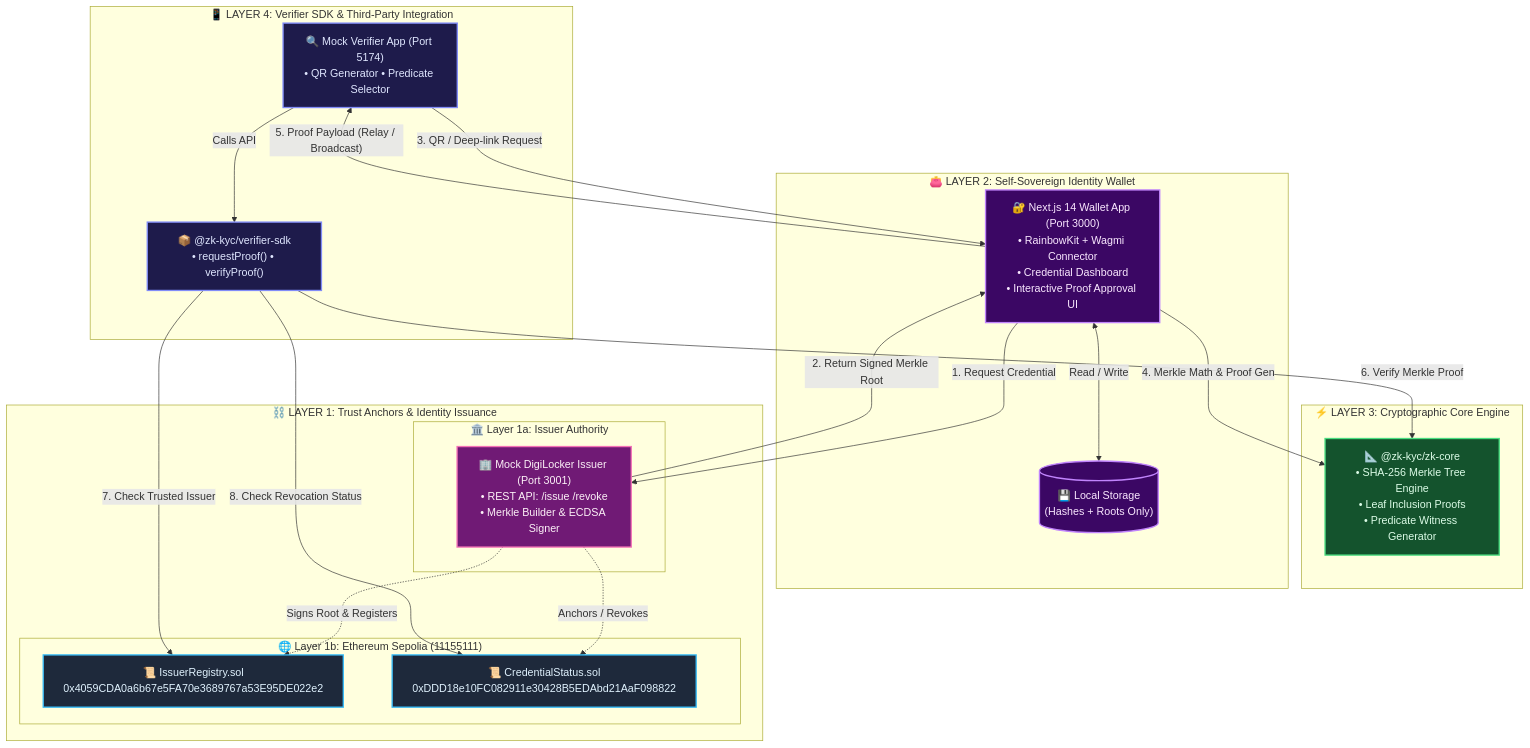
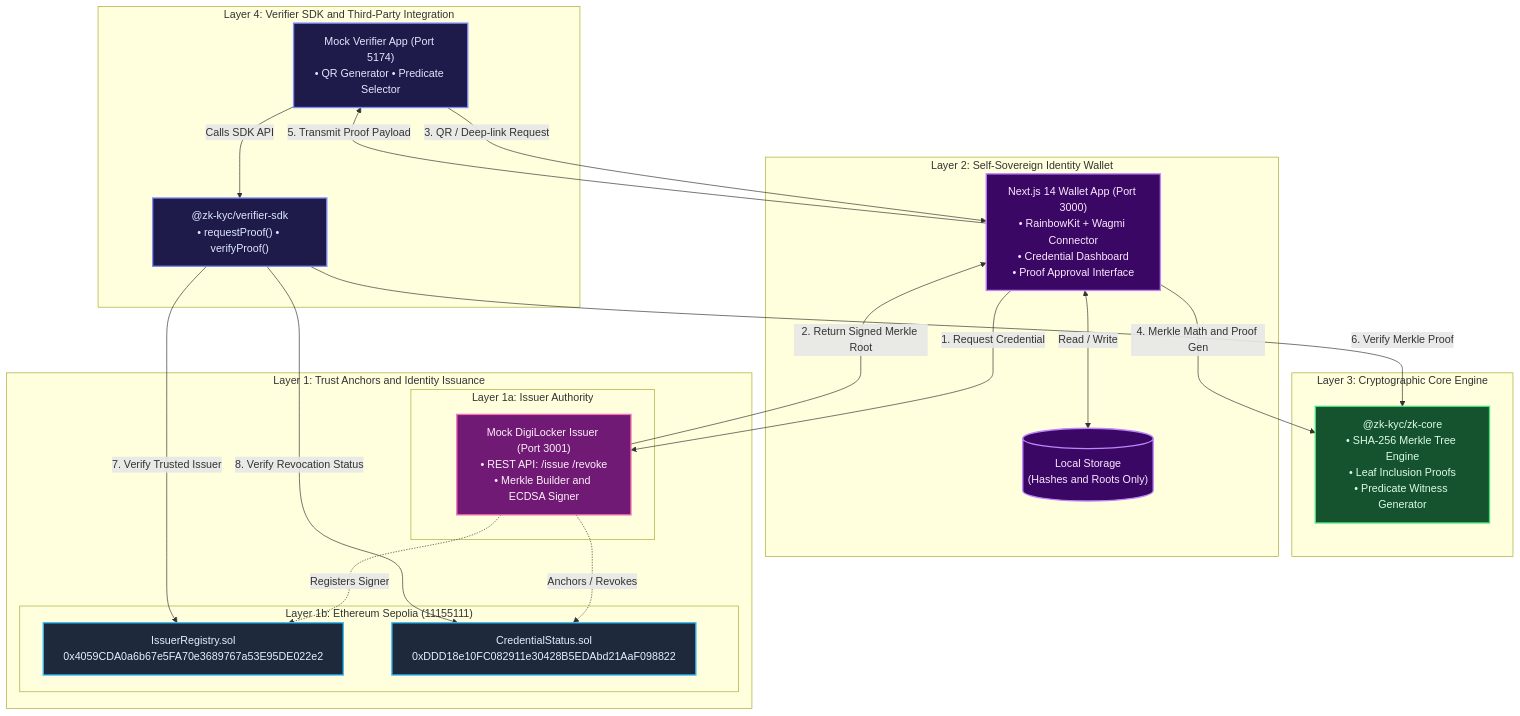
The first of 6 diagrams in README.md (aditya-raj9125/ZK-Kyc), drawn with Mermaid before and after one commit. The commit also changed other lines of this file, not shown here.

````diff
--- a/README.md
+++ b/README.md
@@ -38,51 +38,48 @@
 ```mermaid
 flowchart TD
-    %% Styling Classes
     classDef l4 fill:#1e1b4b,stroke:#818cf8,stroke-width:2px,color:#e0e7ff;
     classDef l3 fill:#14532d,stroke:#4ade80,stroke-width:2px,color:#dcfce7;
     classDef l2 fill:#3b0764,stroke:#c084fc,stroke-width:2px,color:#fae8ff;
     classDef l1a fill:#701a75,stroke:#f472b6,stroke-width:2px,color:#fdf2f8;
     classDef l1b fill:#1e293b,stroke:#38bdf8,stroke-width:2px,color:#e0f2fe;
-    classDef bridge fill:#111827,stroke:#64748b,stroke-width:1px,stroke-dasharray: 4 4,color:#94a3b8;
 
-    subgraph L4 ["📱 LAYER 4: Verifier SDK & Third-Party Integration"]
-        SDK["📦 @zk-kyc/verifier-sdk<br/>• requestProof() • verifyProof()"]:::l4
-        App["🔍 Mock Verifier App (Port 5174)<br/>• QR Generator • Predicate Selector"]:::l4
-        App -->|"Calls API"| SDK
+    subgraph L4 ["Layer 4: Verifier SDK and Third-Party Integration"]
+        SDK["@zk-kyc/verifier-sdk<br/>• requestProof() • verifyProof()"]:::l4
+        App["Mock Verifier App (Port 5174)<br/>• QR Generator • Predicate Selector"]:::l4
+        App -->|"Calls SDK API"| SDK
     end
 
-    subgraph L3 ["⚡ LAYER 3: Cryptographic Core Engine"]
-        ZK["📐 @zk-kyc/zk-core<br/>• SHA-256 Merkle Tree Engine<br/>• Leaf Inclusion Proofs<br/>• Predicate Witness Generator"]:::l3
+    subgraph L3 ["Layer 3: Cryptographic Core Engine"]
+        ZK["@zk-kyc/zk-core<br/>• SHA-256 Merkle Tree Engine<br/>• Leaf Inclusion Proofs<br/>• Predicate Witness Generator"]:::l3
     end
 
-    subgraph L2 ["👛 LAYER 2: Self-Sovereign Identity Wallet"]
-        WalletApp["🔐 Next.js 14 Wallet App (Port 3000)<br/>• RainbowKit + Wagmi Connector<br/>• Credential Dashboard<br/>• Interactive Proof Approval UI"]:::l2
-        Store[("💾 Local Storage<br/>(Hashes + Roots Only)")]:::l2
+    subgraph L2 ["Layer 2: Self-Sovereign Identity Wallet"]
+        WalletApp["Next.js 14 Wallet App (Port 3000)<br/>• RainbowKit + Wagmi Connector<br/>• Credential Dashboard<br/>• Proof Approval Interface"]:::l2
+        Store[("Local Storage<br/>(Hashes and Roots Only)")]:::l2
         WalletApp <-->|"Read / Write"| Store
     end
 
-    subgraph L1 ["⛓️ LAYER 1: Trust Anchors & Identity Issuance"]
-        subgraph L1A ["🏛️ Layer 1a: Issuer Authority"]
-            Issuer["🏢 Mock DigiLocker Issuer (Port 3001)<br/>• REST API: /issue /revoke<br/>• Merkle Builder & ECDSA Signer"]:::l1a
+    subgraph L1 ["Layer 1: Trust Anchors and Identity Issuance"]
+        subgraph L1A ["Layer 1a: Issuer Authority"]
+            Issuer["Mock DigiLocker Issuer (Port 3001)<br/>• REST API: /issue /revoke<br/>• Merkle Builder and ECDSA Signer"]:::l1a
         end
-        subgraph L1B ["🌐 Layer 1b: Ethereum Sepolia (11155111)"]
-            Registry["📜 IssuerRegistry.sol<br/>0x4059CDA0a6b67e5FA70e3689767a53E95DE022e2"]:::l1b
-            Status["📜 CredentialStatus.sol<br/>0xDDD18e10FC082911e30428B5EDAbd21AaF098822"]:::l1b
+        subgraph L1B ["Layer 1b: Ethereum Sepolia (11155111)"]
+            Registry["IssuerRegistry.sol<br/>0x4059CDA0a6b67e5FA70e3689767a53E95DE022e2"]:::l1b
+            Status["CredentialStatus.sol<br/>0xDDD18e10FC082911e30428B5EDAbd21AaF098822"]:::l1b
         end
     end
 
-    %% Inter-layer connections
-    Issuer -.->|"Signs Root & Registers"| Registry
+    Issuer -.->|"Registers Signer"| Registry
     Issuer -.->|"Anchors / Revokes"| Status
 
     WalletApp -->|"1. Request Credential"| Issuer
     Issuer -->|"2. Return Signed Merkle Root"| WalletApp
 
     App -->|"3. QR / Deep-link Request"| WalletApp
-    WalletApp -->|"4. Merkle Math & Proof Gen"| ZK
-    WalletApp -->|"5. Proof Payload (Relay / Broadcast)"| App
+    WalletApp -->|"4. Merkle Math and Proof Gen"| ZK
+    WalletApp -->|"5. Transmit Proof Payload"| App
 
     SDK -->|"6. Verify Merkle Proof"| ZK
-    SDK -->|"7. Check Trusted Issuer"| Registry
-    SDK -->|"8. Check Revocation Status"| Status
+    SDK -->|"7. Verify Trusted Issuer"| Registry
+    SDK -->|"8. Verify Revocation Status"| Status
 ```
````
